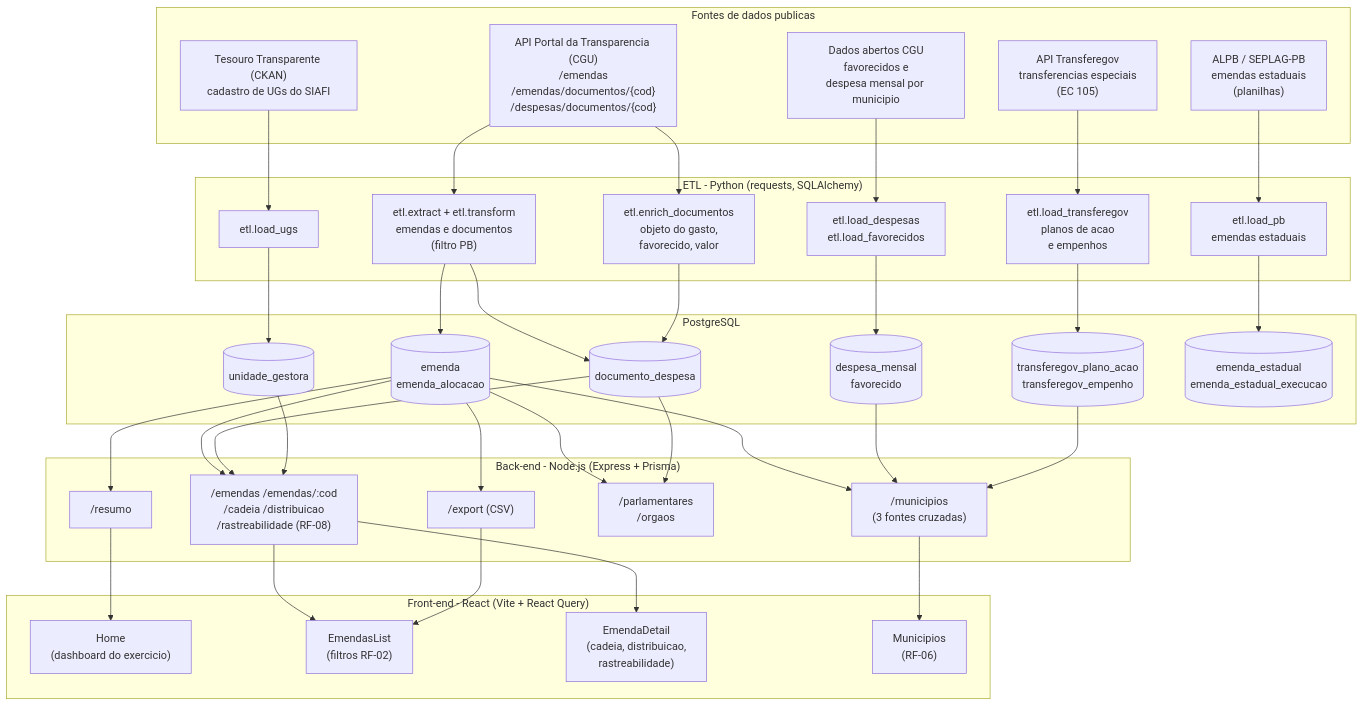
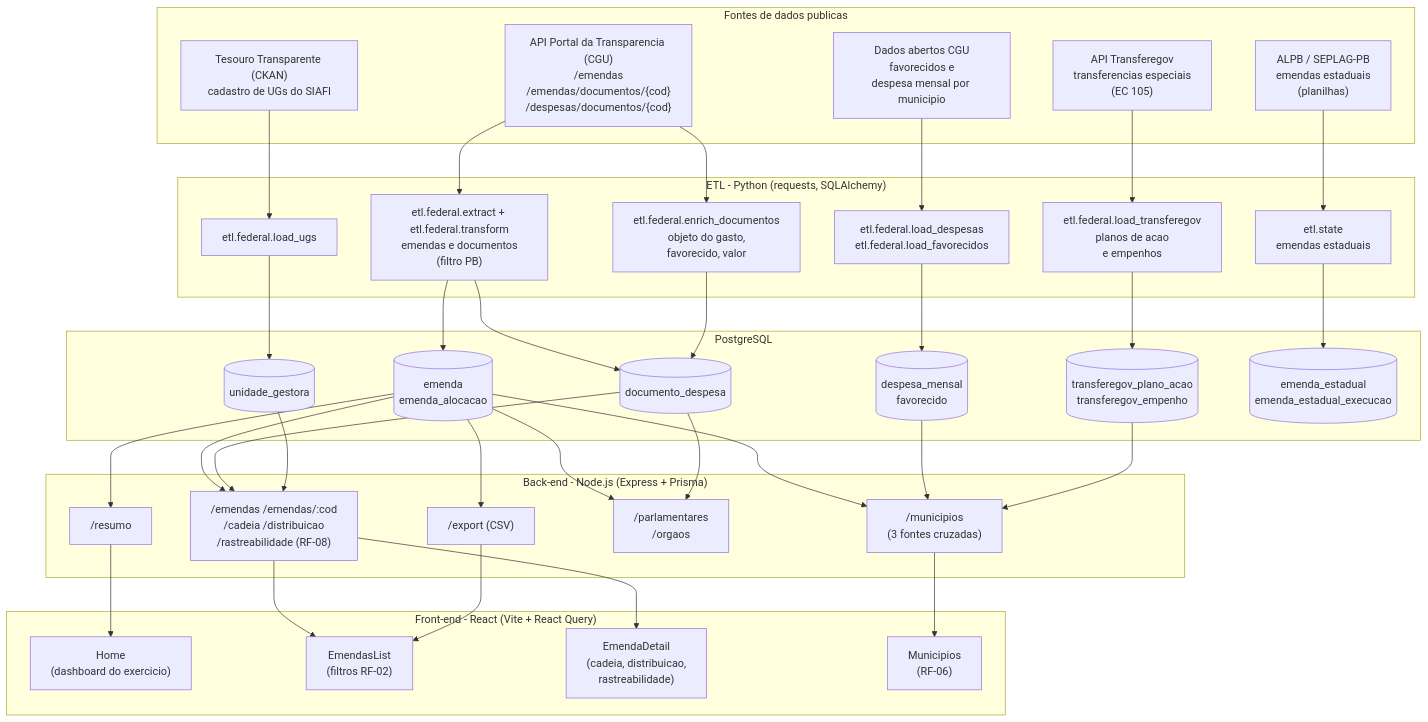
Before and after one commit to JigsawBR/RastreaEmendas: the diagram in docs/diagramas/arquitetura_fluxo.mmd, drawn with Mermaid. The commit also changed 173 other files, not shown here.

```diff
--- a/docs/diagramas/arquitetura_fluxo.mmd
+++ b/docs/diagramas/arquitetura_fluxo.mmd
@@ -1,73 +1,73 @@
 flowchart TB
   subgraph FONTES["Fontes de dados publicas"]
     CGU["API Portal da Transparencia (CGU)<br/>/emendas<br/>/emendas/documentos/{cod}<br/>/despesas/documentos/{cod}"]
     ABERTOS["Dados abertos CGU<br/>favorecidos e<br/>despesa mensal por municipio"]
     TGOV["API Transferegov<br/>transferencias especiais<br/>(EC 105)"]
     TESOURO["Tesouro Transparente (CKAN)<br/>cadastro de UGs do SIAFI"]
     ALPB["ALPB / SEPLAG-PB<br/>emendas estaduais<br/>(planilhas)"]
   end
 
   subgraph ETL["ETL - Python (requests, SQLAlchemy)"]
-    EXTRACT["etl.extract + etl.transform<br/>emendas e documentos<br/>(filtro PB)"]
-    ENRICH["etl.enrich_documentos<br/>objeto do gasto,<br/>favorecido, valor"]
-    LDESP["etl.load_despesas<br/>etl.load_favorecidos"]
-    LTGOV["etl.load_transferegov<br/>planos de acao<br/>e empenhos"]
-    LUGS["etl.load_ugs"]
-    LPB["etl.load_pb<br/>emendas estaduais"]
+    EXTRACT["etl.federal.extract + etl.federal.transform<br/>emendas e documentos<br/>(filtro PB)"]
+    ENRICH["etl.federal.enrich_documentos<br/>objeto do gasto,<br/>favorecido, valor"]
+    LDESP["etl.federal.load_despesas<br/>etl.federal.load_favorecidos"]
+    LTGOV["etl.federal.load_transferegov<br/>planos de acao<br/>e empenhos"]
+    LUGS["etl.federal.load_ugs"]
+    LPB["etl.state<br/>emendas estaduais"]
   end
 
   subgraph DB["PostgreSQL"]
     T1[("emenda<br/>emenda_alocacao")]
     T2[("documento_despesa")]
     T3[("despesa_mensal<br/>favorecido")]
     T4[("transferegov_plano_acao<br/>transferegov_empenho")]
     T5[("unidade_gestora")]
     T6[("emenda_estadual<br/>emenda_estadual_execucao")]
   end
 
   subgraph API["Back-end - Node.js (Express + Prisma)"]
     R1["/resumo"]
     R2["/emendas  /emendas/:cod<br/>/cadeia  /distribuicao<br/>/rastreabilidade (RF-08)"]
     R3["/municipios<br/>(3 fontes cruzadas)"]
     R4["/parlamentares<br/>/orgaos"]
     R5["/export (CSV)"]
   end
 
   subgraph WEB["Front-end - React (Vite + React Query)"]
     P1["Home<br/>(dashboard do exercicio)"]
     P2["EmendasList<br/>(filtros RF-02)"]
     P3["EmendaDetail<br/>(cadeia, distribuicao,<br/>rastreabilidade)"]
     P4["Municipios<br/>(RF-06)"]
   end
 
   CGU --> EXTRACT
   CGU --> ENRICH
   ABERTOS --> LDESP
   TGOV --> LTGOV
   TESOURO --> LUGS
   ALPB --> LPB
 
   EXTRACT --> T1
   EXTRACT --> T2
   ENRICH --> T2
   LDESP --> T3
   LTGOV --> T4
   LUGS --> T5
   LPB --> T6
 
   T1 --> R1
   T1 --> R2
   T2 --> R2
   T5 --> R2
   T1 --> R3
   T3 --> R3
   T4 --> R3
   T1 --> R4
   T2 --> R4
   T1 --> R5
 
   R1 --> P1
   R2 --> P2
   R2 --> P3
   R3 --> P4
   R5 --> P2
```
